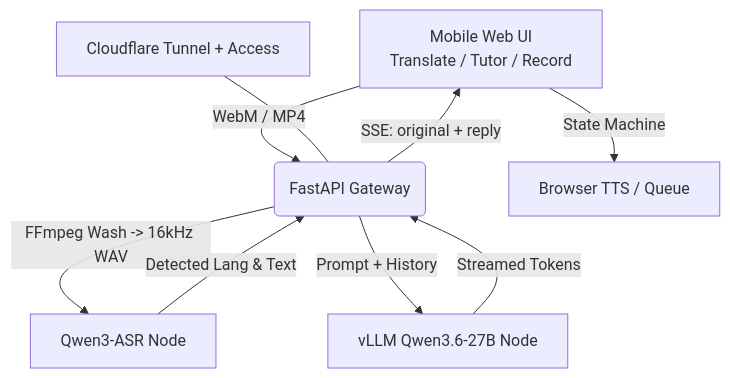
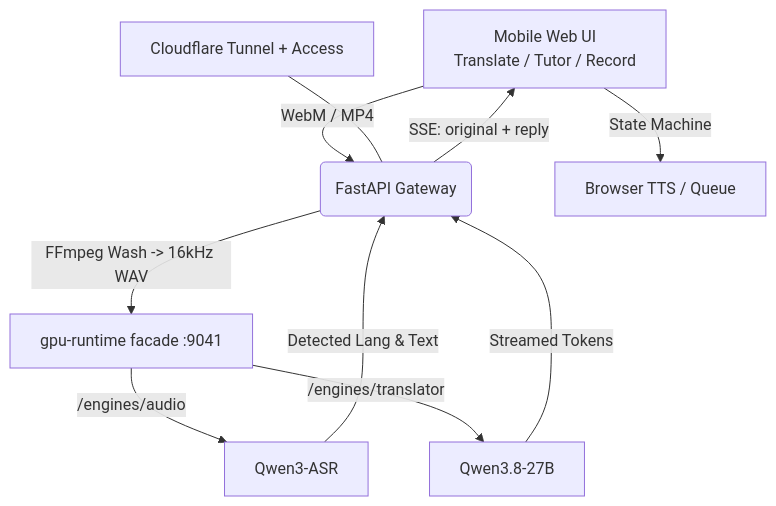
One commit to linxuhao/linxuhao-translator changed the diagram in readme.md. Above: the diagram before and after it, drawn with Mermaid. The commit also changed other lines of this file and 40 other files, not shown here.

````diff
--- a/readme.md
+++ b/readme.md
@@ -50,11 +45,12 @@
 ```mermaid
 graph TD
     A[Mobile Web UI<br/>Translate / Tutor / Record] -->|WebM / MP4| B(FastAPI Gateway)
-    B -->|FFmpeg Wash -> 16kHz WAV| C[Qwen3-ASR Node]
-    C -->|Detected Lang & Text| B
-    B -->|Prompt + History| D[vLLM Qwen3.6-27B Node]
-    D -->|Streamed Tokens| B
+    B -->|FFmpeg Wash -> 16kHz WAV| C[gpu-runtime facade :9041]
+    C -->|/engines/audio| D[Qwen3-ASR]
+    C -->|/engines/translator| E[Qwen3.8-27B]
+    D -->|Detected Lang & Text| B
+    E -->|Streamed Tokens| B
     B -->|SSE: original + reply| A
-    A -->|State Machine| E[Browser TTS / Queue]
-    F[Cloudflare Tunnel + Access] --- B
+    A -->|State Machine| F[Browser TTS / Queue]
+    G[Cloudflare Tunnel + Access] --- B
 ```
````
